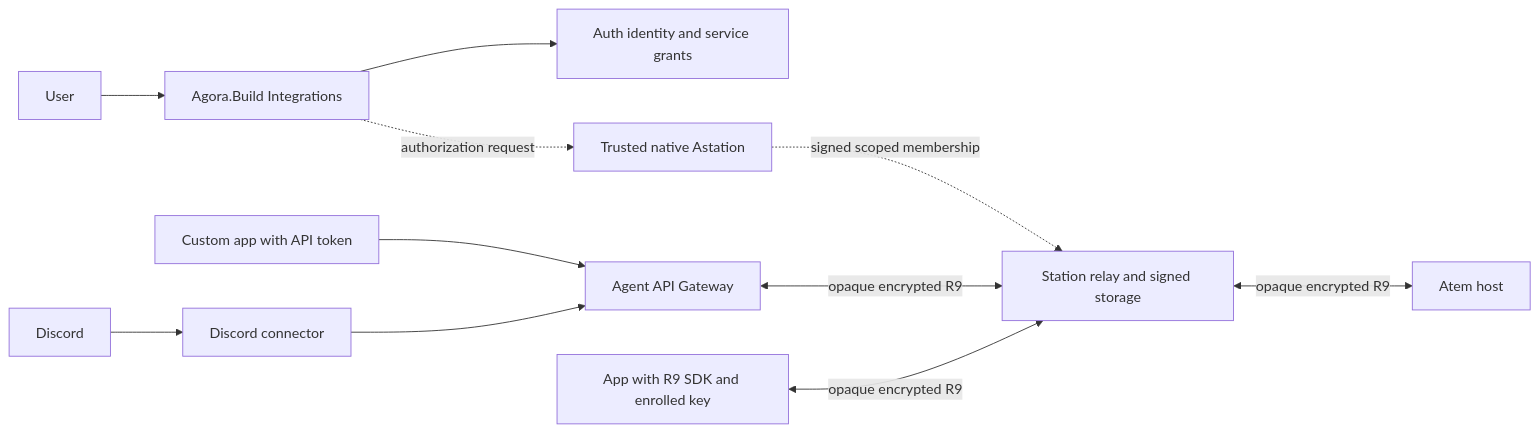
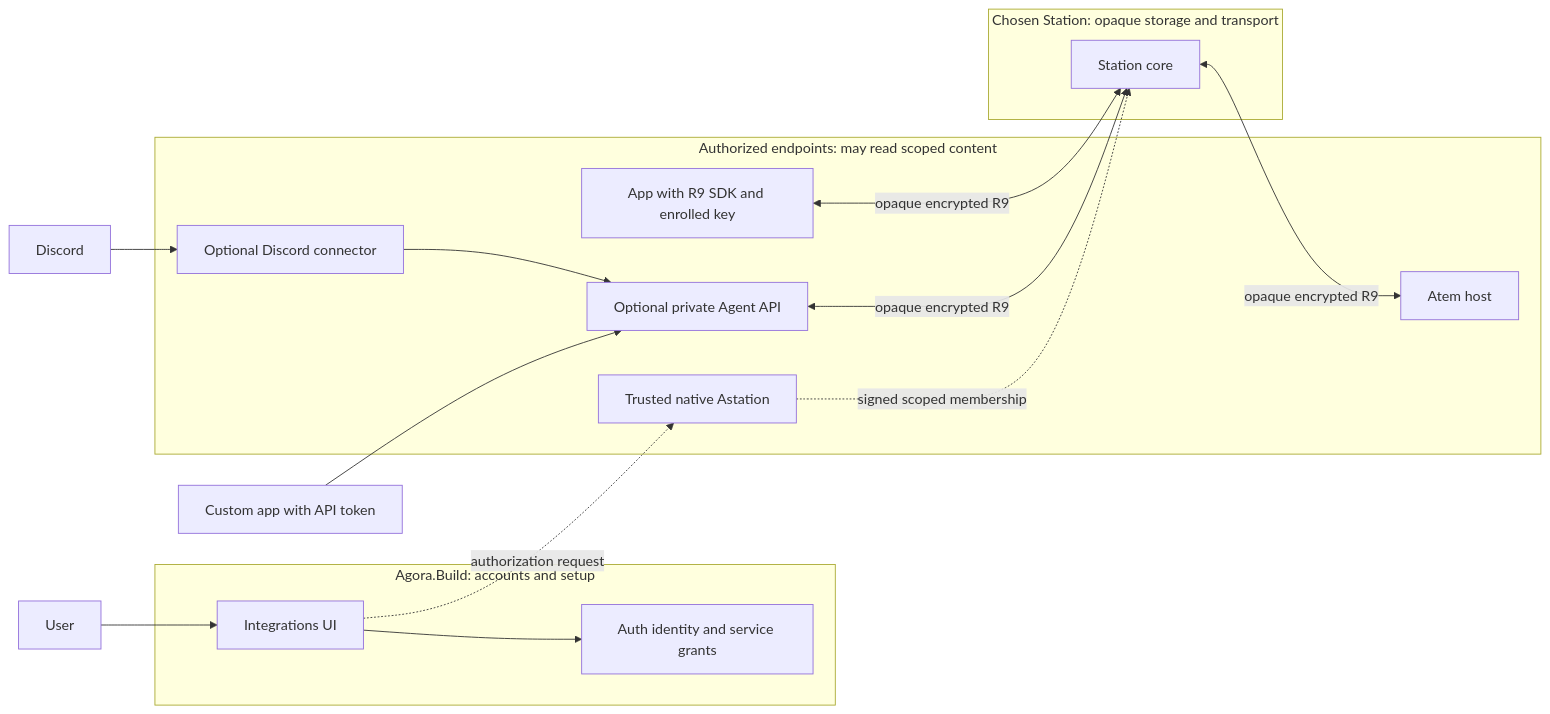
Before and after one commit to Agora-Build/Astation: the diagram in designs/unified-integrations.md, drawn with Mermaid. The commit also changed other lines of this file and 2 other files, not shown here.

First line of the commit message:
docs: separate account APIs from private Station data

````diff
--- a/designs/unified-integrations.md
+++ b/designs/unified-integrations.md
@@ -57,13 +121,27 @@
 ```mermaid
 flowchart LR
-    User[User] --> Portal[Agora.Build Integrations]
-    Portal --> Auth[Auth identity and service grants]
-    Portal -. authorization request .-> Native[Trusted native Astation]
-    Native -. signed scoped membership .-> Station[Station relay and signed storage]
-    Custom[Custom app with API token] --> Gateway[Agent API Gateway]
-    Discord[Discord] --> Connector[Discord connector]
+    subgraph Account[Agora.Build: accounts and setup]
+      Portal[Integrations UI]
+      Auth[Auth identity and service grants]
+    end
+    subgraph PrivateStore[Chosen Station: opaque storage and transport]
+      Station[Station core]
+    end
+    subgraph Endpoints[Authorized endpoints: may read scoped content]
+      Native[Trusted native Astation]
+      Gateway[Optional private Agent API]
+      Connector[Optional Discord connector]
+      Atem[Atem host]
+      Direct[App with R9 SDK and enrolled key]
+    end
+    User[User] --> Portal
+    Portal --> Auth
+    Portal -. authorization request .-> Native
+    Native -. signed scoped membership .-> Station
+    Custom[Custom app with API token] --> Gateway
+    Discord[Discord] --> Connector
     Connector --> Gateway
     Gateway <-->|opaque encrypted R9| Station
-    Station <-->|opaque encrypted R9| Atem[Atem host]
-    Direct[App with R9 SDK and enrolled key] <-->|opaque encrypted R9| Station
+    Station <-->|opaque encrypted R9| Atem
+    Direct <-->|opaque encrypted R9| Station
 ```
````
